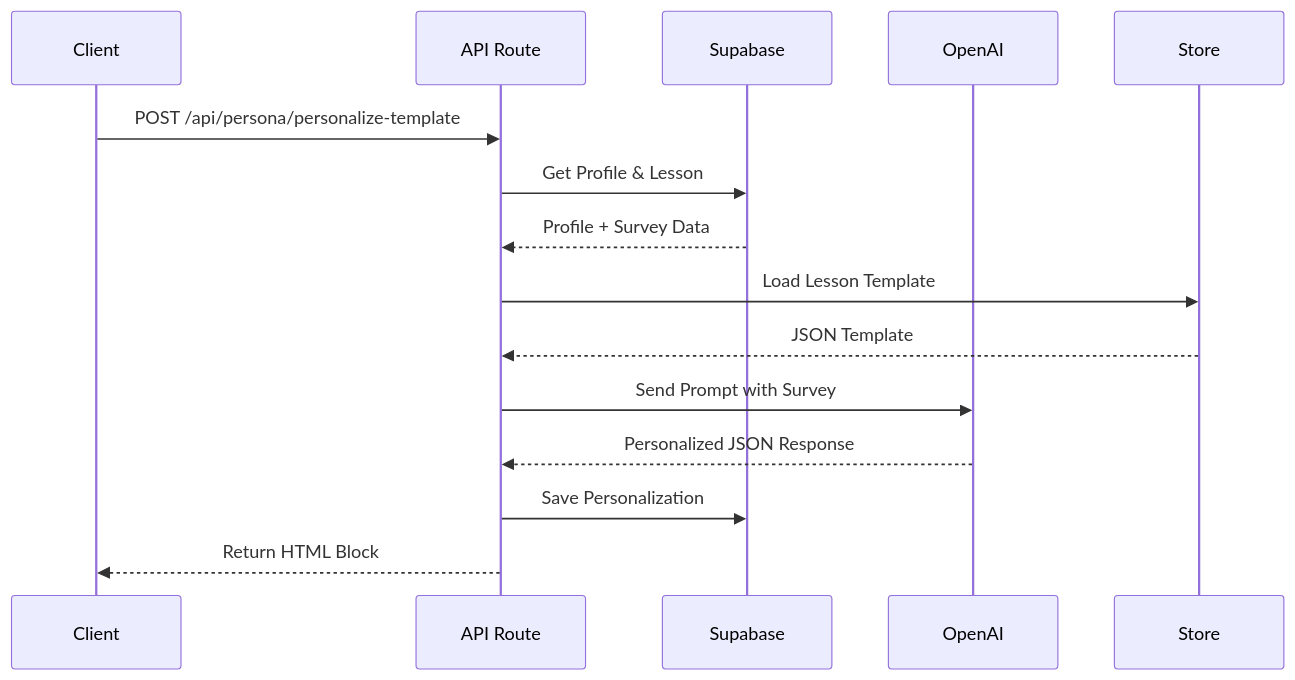
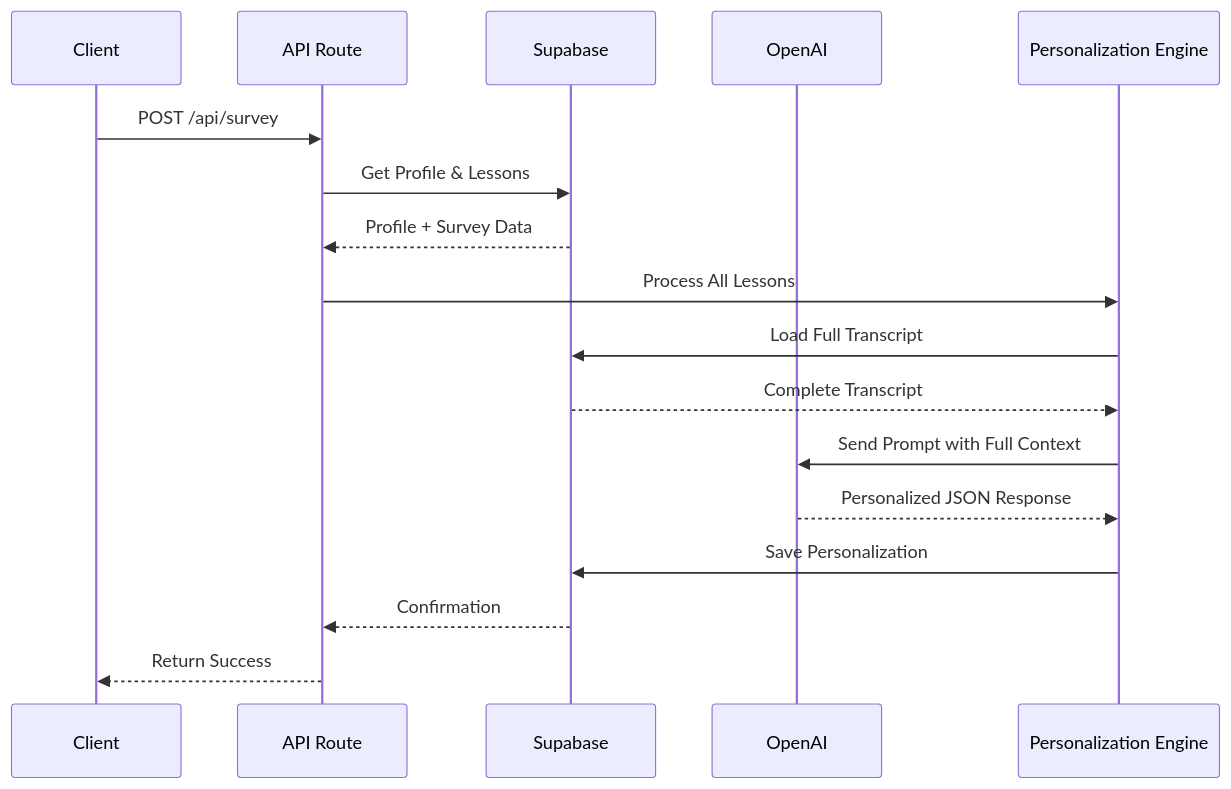
The fifth of 5 diagrams in .qoder/repowiki/en/content/Backend Architecture/Backend Architecture.md (lommaks777/pesonalisev2), drawn with Mermaid before and after one commit. The commit also changed other lines of this file and 42 other files, not shown here.

````diff
--- a/.qoder/repowiki/en/content/Backend Architecture/Backend Architecture.md
+++ b/.qoder/repowiki/en/content/Backend Architecture/Backend Architecture.md
@@ -182,17 +240,19 @@
 ```mermaid
 sequenceDiagram
 participant Client
 participant API as API Route
 participant Supabase
 participant OpenAI
-participant Store
-Client->>API : POST /api/persona/personalize-template
-API->>Supabase : Get Profile & Lesson
+participant Engine as Personalization Engine
+Client->>API : POST /api/survey
+API->>Supabase : Get Profile & Lessons
 Supabase-->>API : Profile + Survey Data
-API->>Store : Load Lesson Template
-Store-->>API : JSON Template
-API->>OpenAI : Send Prompt with Survey
-OpenAI-->>API : Personalized JSON Response
-API->>Supabase : Save Personalization
-API-->>Client : Return HTML Block
+API->>Engine : Process All Lessons
+Engine->>Supabase : Load Full Transcript
+Supabase-->>Engine : Complete Transcript
+Engine->>OpenAI : Send Prompt with Full Context
+OpenAI-->>Engine : Personalized JSON Response
+Engine->>Supabase : Save Personalization
+Supabase-->>API : Confirmation
+API-->>Client : Return Success
 ```
````
